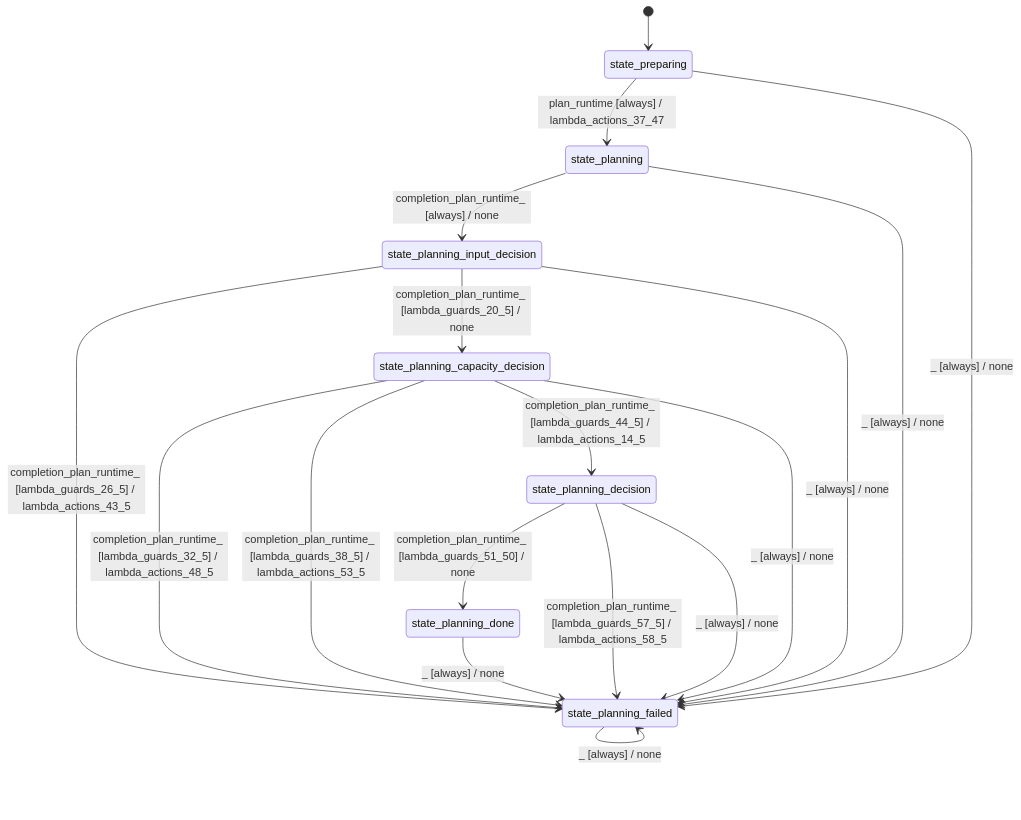
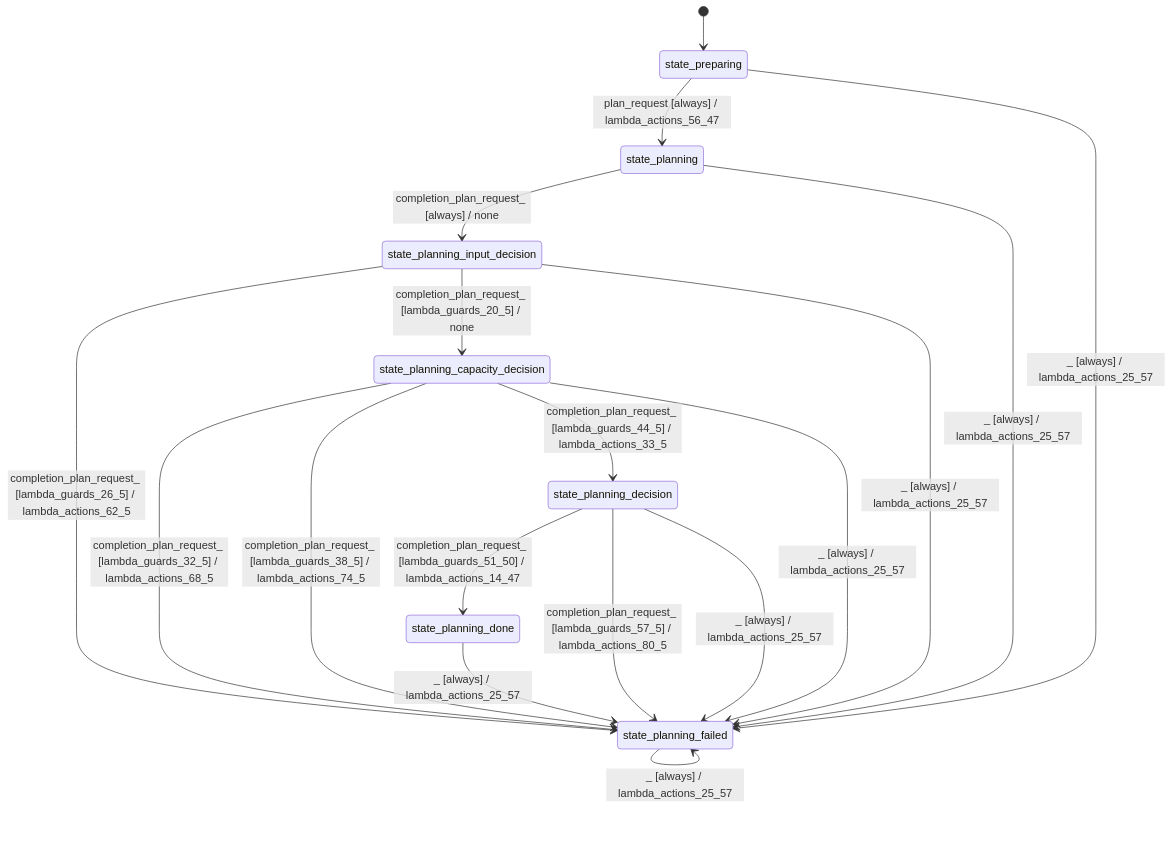
Before and after one commit to stateforward/emel.cpp: the diagram in docs/architecture/mermaid/batch_planner_modes_simple.mmd, drawn with Mermaid. The commit also changed 26 other files, not shown here.

```diff
--- a/docs/architecture/mermaid/batch_planner_modes_simple.mmd
+++ b/docs/architecture/mermaid/batch_planner_modes_simple.mmd
@@ -1,19 +1,19 @@
 stateDiagram-v2
   direction TB
   [*] --> state_preparing
-  state_preparing --> state_planning : plan_runtime [always] / lambda_actions_37_47
-  state_planning --> state_planning_input_decision : completion_plan_runtime_ [always] / none
-  state_planning_input_decision --> state_planning_failed : completion_plan_runtime_ [lambda_guards_26_5] / lambda_actions_43_5
-  state_planning_input_decision --> state_planning_capacity_decision : completion_plan_runtime_ [lambda_guards_20_5] / none
-  state_planning_capacity_decision --> state_planning_failed : completion_plan_runtime_ [lambda_guards_32_5] / lambda_actions_48_5
-  state_planning_capacity_decision --> state_planning_failed : completion_plan_runtime_ [lambda_guards_38_5] / lambda_actions_53_5
-  state_planning_capacity_decision --> state_planning_decision : completion_plan_runtime_ [lambda_guards_44_5] / lambda_actions_14_5
-  state_planning_decision --> state_planning_done : completion_plan_runtime_ [lambda_guards_51_50] / none
-  state_planning_decision --> state_planning_failed : completion_plan_runtime_ [lambda_guards_57_5] / lambda_actions_58_5
-  state_planning_done --> state_planning_failed : _ [always] / none
-  state_planning_failed --> state_planning_failed : _ [always] / none
-  state_preparing --> state_planning_failed : _ [always] / none
-  state_planning --> state_planning_failed : _ [always] / none
-  state_planning_input_decision --> state_planning_failed : _ [always] / none
-  state_planning_capacity_decision --> state_planning_failed : _ [always] / none
-  state_planning_decision --> state_planning_failed : _ [always] / none
+  state_preparing --> state_planning : plan_request [always] / lambda_actions_56_47
+  state_planning --> state_planning_input_decision : completion_plan_request_ [always] / none
+  state_planning_input_decision --> state_planning_failed : completion_plan_request_ [lambda_guards_26_5] / lambda_actions_62_5
+  state_planning_input_decision --> state_planning_capacity_decision : completion_plan_request_ [lambda_guards_20_5] / none
+  state_planning_capacity_decision --> state_planning_failed : completion_plan_request_ [lambda_guards_32_5] / lambda_actions_68_5
+  state_planning_capacity_decision --> state_planning_failed : completion_plan_request_ [lambda_guards_38_5] / lambda_actions_74_5
+  state_planning_capacity_decision --> state_planning_decision : completion_plan_request_ [lambda_guards_44_5] / lambda_actions_33_5
+  state_planning_decision --> state_planning_done : completion_plan_request_ [lambda_guards_51_50] / lambda_actions_14_47
+  state_planning_decision --> state_planning_failed : completion_plan_request_ [lambda_guards_57_5] / lambda_actions_80_5
+  state_planning_done --> state_planning_failed : _ [always] / lambda_actions_25_57
+  state_planning_failed --> state_planning_failed : _ [always] / lambda_actions_25_57
+  state_preparing --> state_planning_failed : _ [always] / lambda_actions_25_57
+  state_planning --> state_planning_failed : _ [always] / lambda_actions_25_57
+  state_planning_input_decision --> state_planning_failed : _ [always] / lambda_actions_25_57
+  state_planning_capacity_decision --> state_planning_failed : _ [always] / lambda_actions_25_57
+  state_planning_decision --> state_planning_failed : _ [always] / lambda_actions_25_57
```
